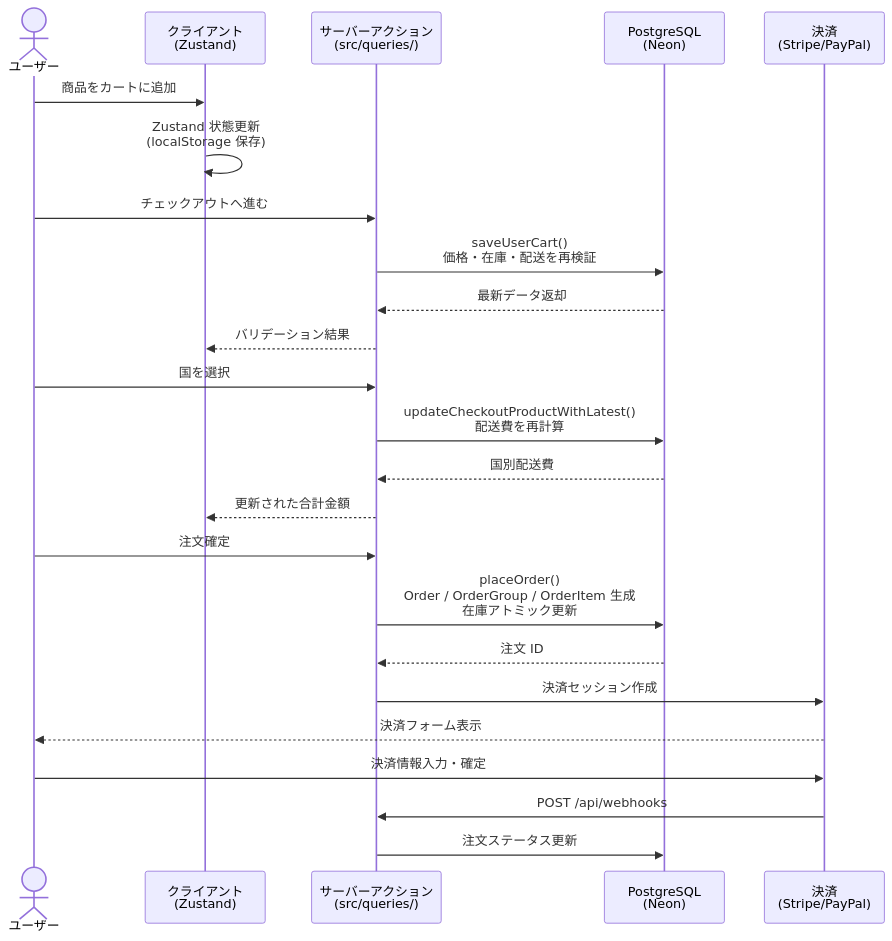
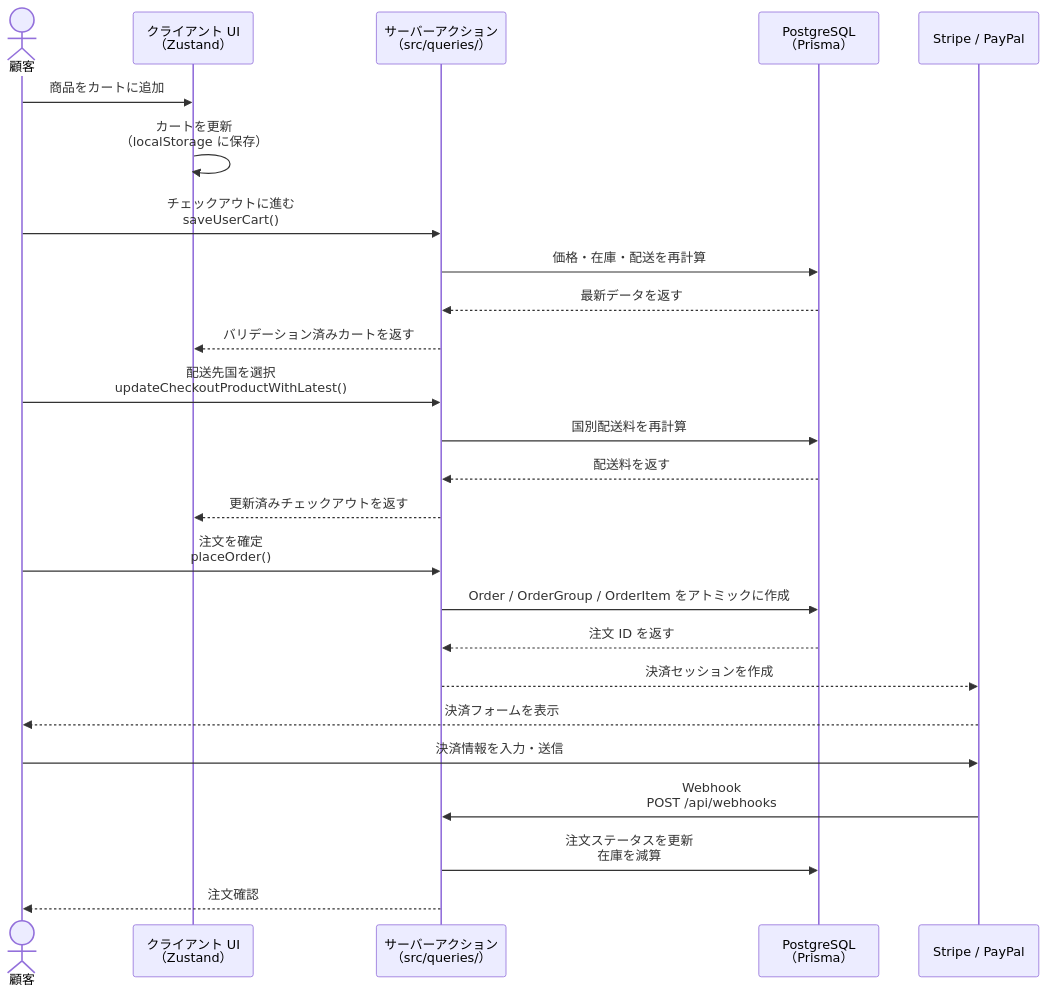
One commit to myoshi2891/Multi-Vendor-E-Commerce changed the fifth of 8 diagrams in README.md. Above: the diagram before and after it, drawn with Mermaid. The commit also changed other lines of this file, not shown here.

````diff
--- a/README.md
+++ b/README.md
@@ -286,31 +265,32 @@
 ```mermaid
 sequenceDiagram
-    actor User as ユーザー
-    participant Client as クライアント<br>(Zustand)
-    participant SA as サーバーアクション<br>(src/queries/)
-    participant DB as PostgreSQL<br>(Neon)
-    participant Payment as 決済<br>(Stripe/PayPal)
+    actor C as 顧客
+    participant UI as クライアント UI<br/>（Zustand）
+    participant SA as サーバーアクション<br/>（src/queries/）
+    participant DB as PostgreSQL<br/>（Prisma）
+    participant PAY as Stripe / PayPal
 
-    User->>Client: 商品をカートに追加
-    Client->>Client: Zustand 状態更新<br>(localStorage 保存)
+    C->>UI: 商品をカートに追加
+    UI->>UI: カートを更新<br/>（localStorage に保存）
 
-    User->>SA: チェックアウトへ進む
-    SA->>DB: saveUserCart()<br>価格・在庫・配送を再検証
-    DB-->>SA: 最新データ返却
-    SA-->>Client: バリデーション結果
+    C->>SA: チェックアウトに進む<br/>saveUserCart()
+    SA->>DB: 価格・在庫・配送を再計算
+    DB-->>SA: 最新データを返す
+    SA-->>UI: バリデーション済みカートを返す
 
-    User->>SA: 国を選択
-    SA->>DB: updateCheckoutProductWithLatest()<br>配送費を再計算
-    DB-->>SA: 国別配送費
-    SA-->>Client: 更新された合計金額
+    C->>SA: 配送先国を選択<br/>updateCheckoutProductWithLatest()
+    SA->>DB: 国別配送料を再計算
+    DB-->>SA: 配送料を返す
+    SA-->>UI: 更新済みチェックアウトを返す
 
-    User->>SA: 注文確定
-    SA->>DB: placeOrder()<br>Order / OrderGroup / OrderItem 生成<br>在庫アトミック更新
-    DB-->>SA: 注文 ID
+    C->>SA: 注文を確定<br/>placeOrder()
+    SA->>DB: Order / OrderGroup / OrderItem をアトミックに作成
+    DB-->>SA: 注文 ID を返す
+    SA-->>PAY: 決済セッションを作成
 
-    SA->>Payment: 決済セッション作成
-    Payment-->>User: 決済フォーム表示
-    User->>Payment: 決済情報入力・確定
-    Payment->>SA: POST /api/webhooks
-    SA->>DB: 注文ステータス更新
+    PAY-->>C: 決済フォームを表示
+    C->>PAY: 決済情報を入力・送信
+    PAY->>SA: Webhook<br/>POST /api/webhooks
+    SA->>DB: 注文ステータスを更新<br/>在庫を減算
+    SA-->>C: 注文確認
 ```
````
